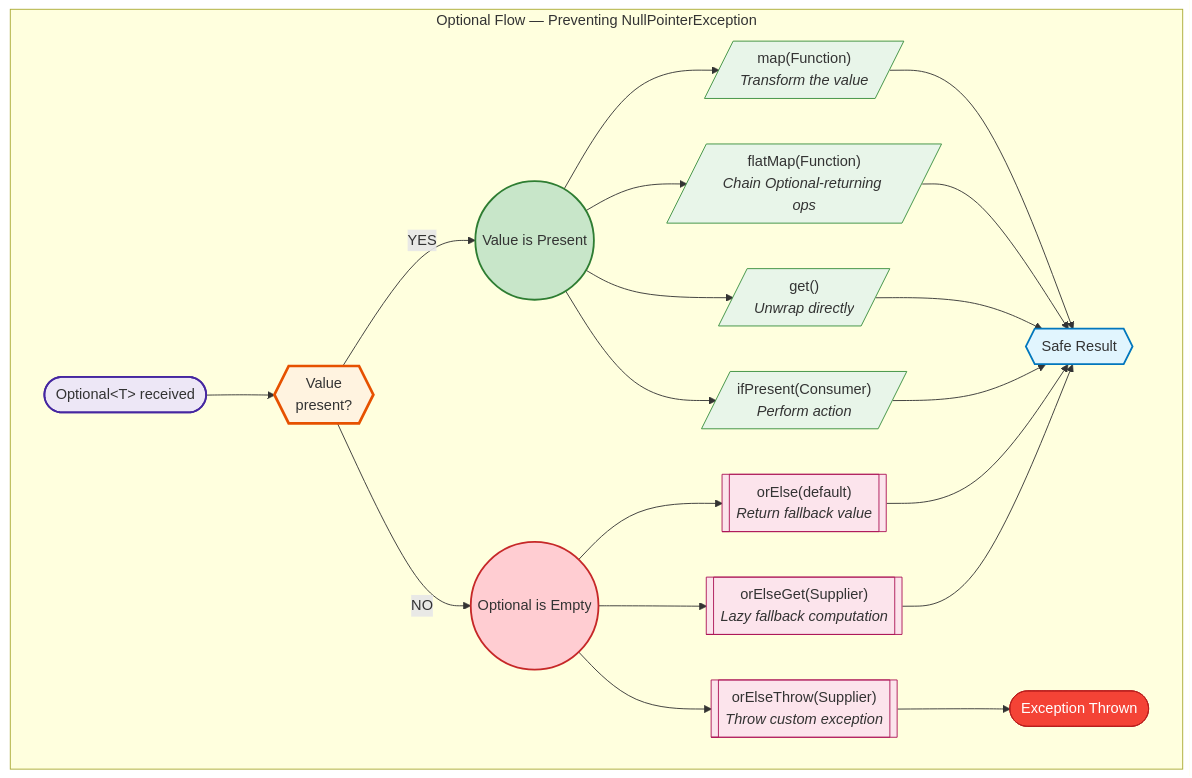
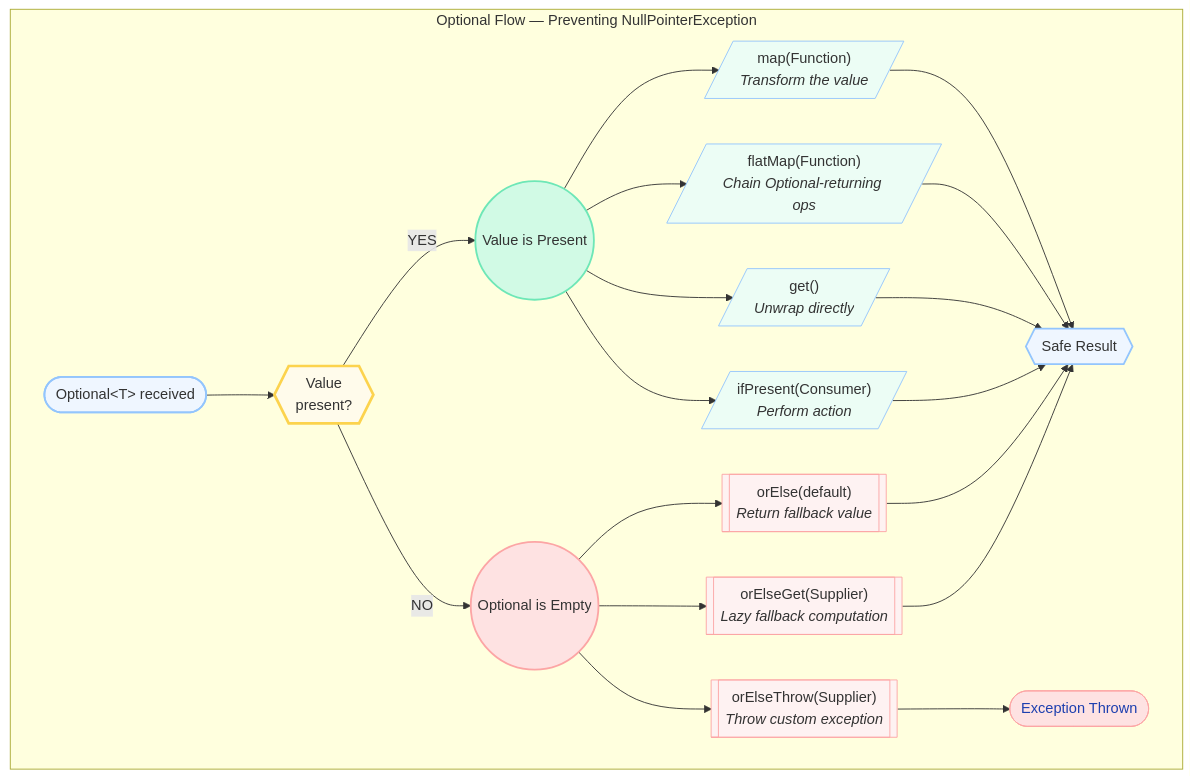
One commit to saivamsikaruturi/vamsilabs-dev-notes-main changed the third of 3 diagrams in docs/java/Java8.md. Above: the diagram before and after it, drawn with Mermaid. The commit also changed other lines of this file and 220 other files, not shown here.

First line of the commit message:
Add 50+ new Java/Spring Boot pages, rewrite CSS code blocks to Oracle style, fix all diagram colors

````diff
--- a/docs/java/Java8.md
+++ b/docs/java/Java8.md
@@ -339,41 +339,41 @@
 ```mermaid
 flowchart LR
     subgraph OptionalFlow["Optional Flow — Preventing NullPointerException"]
         direction LR
         START(["Optional&lt;T&gt; received"]) --> CHECK{{"Value<br/>present?"}}
 
         CHECK -->|"YES"| PRESENT(("Value is Present"))
         CHECK -->|"NO"| EMPTY(("Optional is Empty"))
 
         PRESENT --> MAP[/"map(Function)<br/><i>Transform the value</i>"/]
         PRESENT --> FLATMAP[/"flatMap(Function)<br/><i>Chain Optional-returning ops</i>"/]
         PRESENT --> GET[/"get()<br/><i>Unwrap directly</i>"/]
         PRESENT --> IFPRESENT[/"ifPresent(Consumer)<br/><i>Perform action</i>"/]
 
         EMPTY --> ORELSE[["orElse(default)<br/><i>Return fallback value</i>"]]
         EMPTY --> ORELSEGET[["orElseGet(Supplier)<br/><i>Lazy fallback computation</i>"]]
         EMPTY --> ORELSETHROW[["orElseThrow(Supplier)<br/><i>Throw custom exception</i>"]]
 
         MAP --> RESULT{{"Safe Result"}}
         FLATMAP --> RESULT
         GET --> RESULT
         IFPRESENT --> RESULT
         ORELSE --> RESULT
         ORELSEGET --> RESULT
         ORELSETHROW --> EXCEPTION(["Exception Thrown"])
     end
 
-    style CHECK fill:#fff3e0,stroke:#e65100,stroke-width:3px
-    style PRESENT fill:#c8e6c9,stroke:#2e7d32,stroke-width:2px
-    style EMPTY fill:#ffcdd2,stroke:#c62828,stroke-width:2px
-    style MAP fill:#e8f5e9,stroke:#388e3c
-    style FLATMAP fill:#e8f5e9,stroke:#388e3c
-    style GET fill:#e8f5e9,stroke:#388e3c
-    style IFPRESENT fill:#e8f5e9,stroke:#388e3c
-    style ORELSE fill:#fce4ec,stroke:#ad1457
-    style ORELSEGET fill:#fce4ec,stroke:#ad1457
-    style ORELSETHROW fill:#fce4ec,stroke:#ad1457
-    style RESULT fill:#e1f5fe,stroke:#0277bd,stroke-width:2px
-    style EXCEPTION fill:#f44336,stroke:#b71c1c,color:#fff
-    style START fill:#ede7f6,stroke:#4527a0,stroke-width:2px
+    style CHECK fill:#FFFBEB,stroke:#FCD34D,stroke-width:3px
+    style PRESENT fill:#D1FAE5,stroke:#6EE7B7,stroke-width:2px
+    style EMPTY fill:#FEE2E2,stroke:#FCA5A5,stroke-width:2px
+    style MAP fill:#ECFDF5,stroke:#93C5FD
+    style FLATMAP fill:#ECFDF5,stroke:#93C5FD
+    style GET fill:#ECFDF5,stroke:#93C5FD
+    style IFPRESENT fill:#ECFDF5,stroke:#93C5FD
+    style ORELSE fill:#FEF2F2,stroke:#FCA5A5
+    style ORELSEGET fill:#FEF2F2,stroke:#FCA5A5
+    style ORELSETHROW fill:#FEF2F2,stroke:#FCA5A5
+    style RESULT fill:#EFF6FF,stroke:#93C5FD,stroke-width:2px
+    style EXCEPTION fill:#FEE2E2,stroke:#FCA5A5,color:#1E40AF
+    style START fill:#EFF6FF,stroke:#93C5FD,stroke-width:2px
 ```
````
